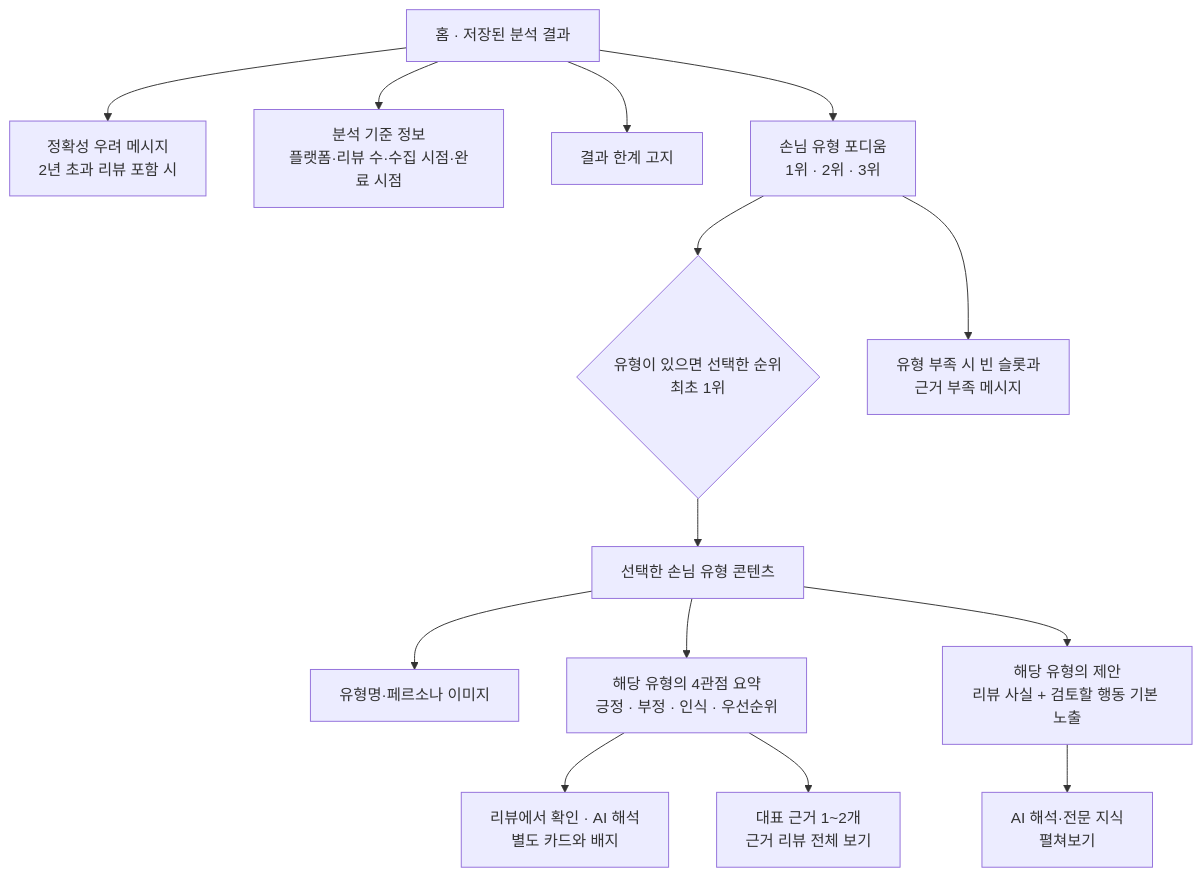
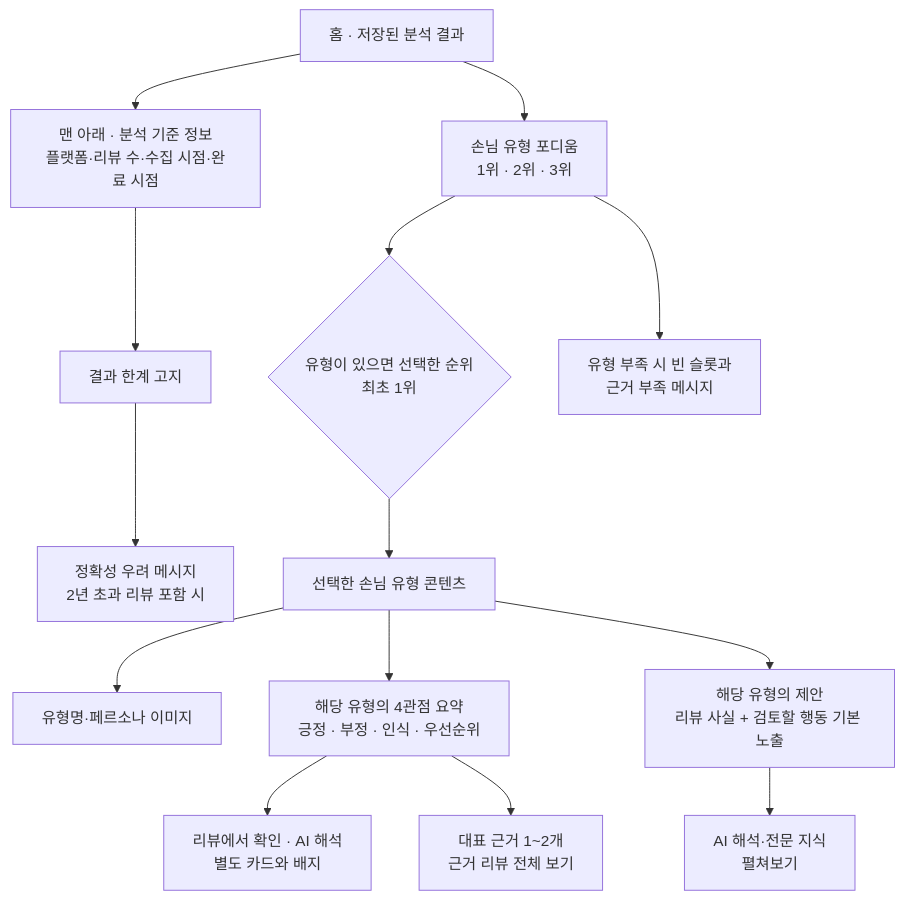
The second of 2 diagrams in docs/product/requirements/RESULT_IA.md (SKUnohtaekyung/PULSE_SCC), drawn with Mermaid before and after one commit. The commit also changed other lines of this file and 6 other files, not shown here.

````diff
--- a/docs/product/requirements/RESULT_IA.md
+++ b/docs/product/requirements/RESULT_IA.md
@@ -68,16 +68,16 @@
 ```mermaid
 flowchart TD
-    H[홈 · 저장된 분석 결과] --> W[정확성 우려 메시지<br/>2년 초과 리뷰 포함 시]
-    H --> M[분석 기준 정보<br/>플랫폼·리뷰 수·수집 시점·완료 시점]
-    H --> L[결과 한계 고지]
-    H --> P[손님 유형 포디움<br/>1위 · 2위 · 3위]
+    H[홈 · 저장된 분석 결과] --> P[손님 유형 포디움<br/>1위 · 2위 · 3위]
+    H --> M[맨 아래 · 분석 기준 정보<br/>플랫폼·리뷰 수·수집 시점·완료 시점]
+    M --> L[결과 한계 고지]
+    L --> W[정확성 우려 메시지<br/>2년 초과 리뷰 포함 시]
     P --> T{유형이 있으면 선택한 순위<br/>최초 1위}
     P --> E[유형 부족 시 빈 슬롯과<br/>근거 부족 메시지]
     T --> C[선택한 손님 유형 콘텐츠]
     C --> I[유형명·페르소나 이미지]
     C --> A[해당 유형의 4관점 요약<br/>긍정 · 부정 · 인식 · 우선순위]
     A --> F[리뷰에서 확인 · AI 해석<br/>별도 카드와 배지]
     A --> R[대표 근거 1~2개<br/>근거 리뷰 전체 보기]
     C --> G[해당 유형의 제안<br/>리뷰 사실 + 검토할 행동 기본 노출]
     G --> GX[AI 해석·전문 지식<br/>펼쳐보기]
 ```
````
